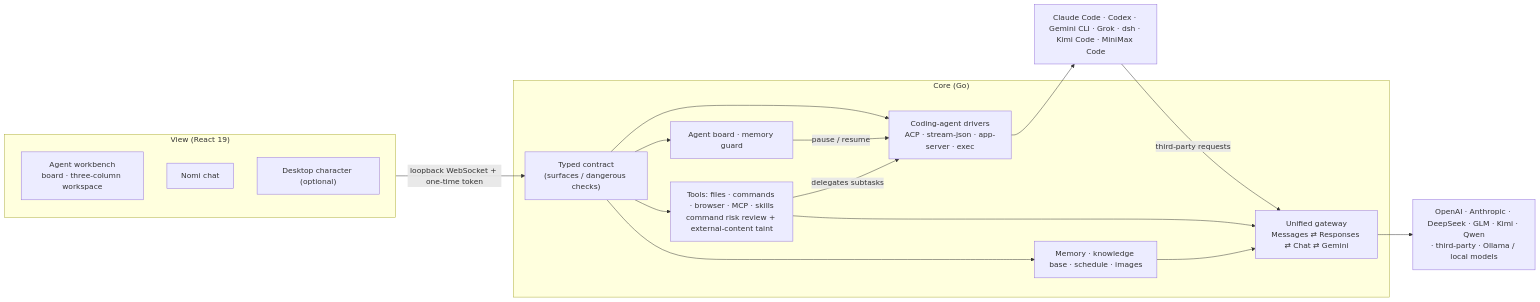
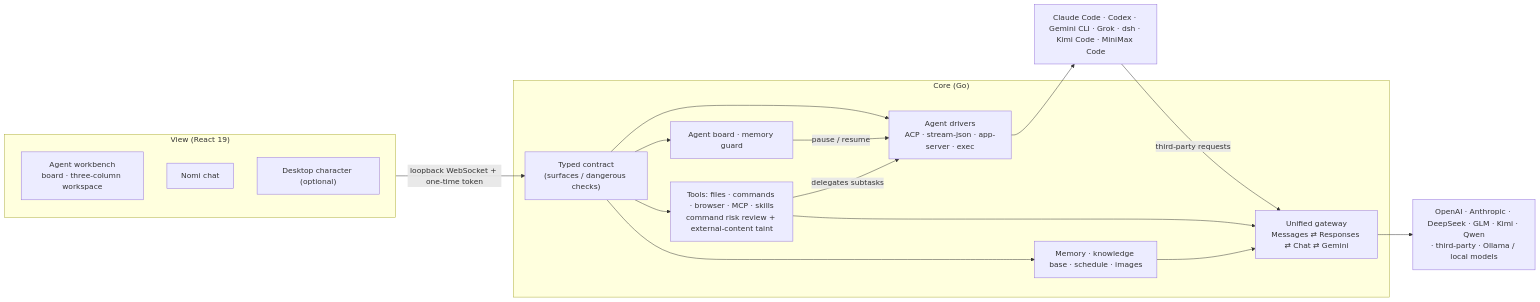
One commit to Cookieboty/nomi-ai changed the diagram in README.en.md. Above: the diagram before and after it, drawn with Mermaid. The commit also changed other lines of this file and 335 other files, not shown here.

````diff
--- a/README.en.md
+++ b/README.en.md
@@ -94,26 +94,26 @@
 ```mermaid
 flowchart LR
   subgraph View["View (React 19)"]
     Bench["Agent workbench<br/>board · three-column workspace"]
     Chat["Nomi chat"]
     Mascot["Desktop character (optional)"]
   end
   subgraph Core["Core (Go)"]
     Contract["Typed contract<br/>(surfaces / dangerous checks)"]
     Fleet["Agent board · memory guard"]
-    Agents["Coding-agent drivers<br/>ACP · stream-json · app-server · exec"]
+    Agents["Agent drivers<br/>ACP · stream-json · app-server · exec"]
     Tools["Tools: files · commands · browser · MCP · skills<br/>command risk review + external-content taint"]
     Mem["Memory · knowledge base · schedule · images"]
     GW["Unified gateway<br/>Messages ⇄ Responses ⇄ Chat ⇄ Gemini"]
   end
   CLI["Claude Code · Codex · Gemini CLI · Grok · dsh · Kimi Code · MiniMax Code"]
   Up["OpenAI · Anthropic · DeepSeek · GLM · Kimi · Qwen<br/>· third-party · Ollama / local models"]
   View -- "loopback WebSocket + one-time token" --> Contract
   Contract --> Fleet & Agents & Tools & Mem
   Fleet -- "pause / resume" --> Agents
   Agents --> CLI
   CLI -- "third-party requests" --> GW
   Tools -- "delegates subtasks" --> Agents
   Tools & Mem --> GW
   GW --> Up
 ```
````
